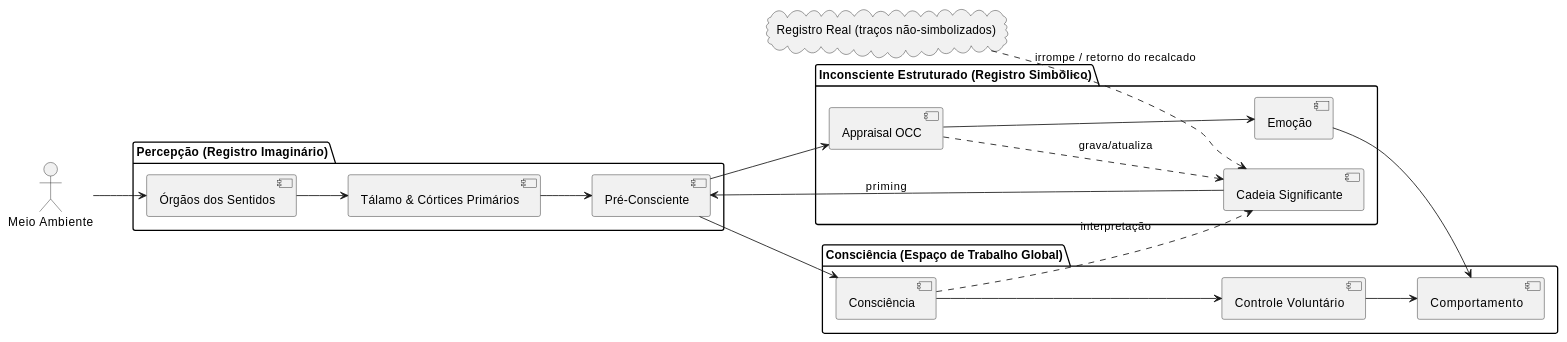
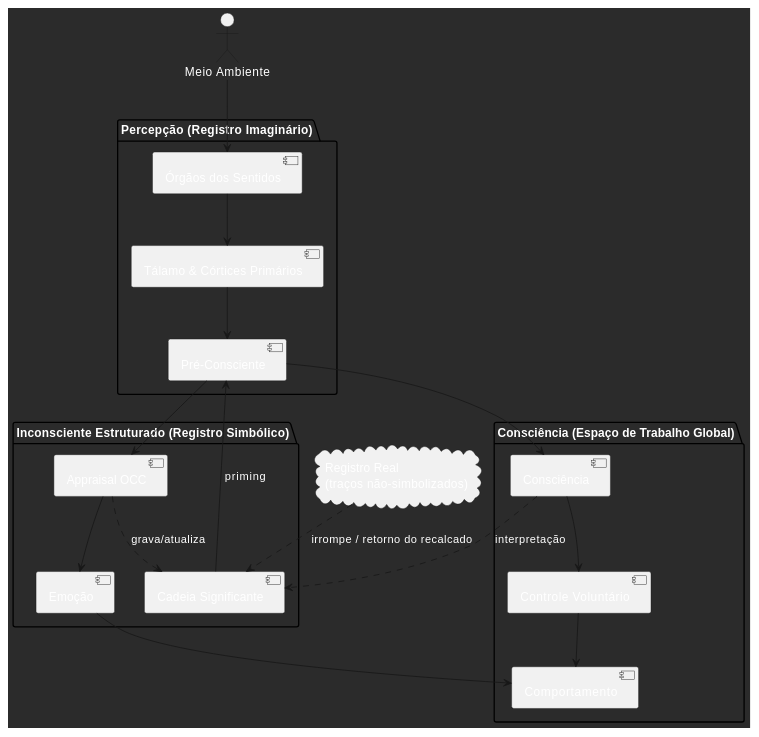
Before and after one commit to racoci/DevNotes: the diagram in AI/Simmulations/Psychological Models/Lacan/Esquema Geral do Inconciente.md, drawn with PlantUML.

Commit message:
2025-08-06 22:33:30 DevNote backup

````diff
--- a/AI/Simmulations/Psychological Models/Lacan/Esquema Geral do Inconciente.md
+++ b/AI/Simmulations/Psychological Models/Lacan/Esquema Geral do Inconciente.md
@@ -23,31 +23,40 @@
 ```plantuml
 @startuml
-left to right direction
+' Dark theme
+skinparam backgroundColor #2B2B2B
+skinparam defaultFontColor #FFFFFF
+skinparam componentFontColor #FFFFFF
+skinparam noteBackgroundColor #3C3F41
+skinparam noteBorderColor #BBBBBB
+
+' Fluxo vertical
+top to bottom direction
+
 actor "Meio Ambiente" as Env
 
 package "Percepção (Registro Imaginário)" {
   Env --> [Órgãos dos Sentidos]
   [Órgãos dos Sentidos] --> [Tálamo & Córtices Primários]
   [Tálamo & Córtices Primários] --> [Pré-Consciente]
 }
 
 package "Inconsciente Estruturado (Registro Simbólico)" {
   [Pré-Consciente] --> [Appraisal OCC]
   [Appraisal OCC] --> [Emoção]
   [Appraisal OCC] ..> [Cadeia Significante] : grava/atualiza
   [Cadeia Significante] --> [Pré-Consciente] : priming
 }
 
 package "Consciência (Espaço de Trabalho Global)" {
   [Emoção] --> [Comportamento]
   [Pré-Consciente] --> [Consciência]
   [Consciência] --> [Controle Voluntário]
   [Controle Voluntário] --> [Comportamento]
   [Consciência] ..> [Cadeia Significante] : interpretação
 }
 
-cloud "Registro Real (traços não-simbolizados)" as Real
+cloud "Registro Real\n(traços não-simbolizados)" as Real
 Real ..> [Cadeia Significante] : irrompe / retorno do recalcado
 
 @enduml
 ```
````
